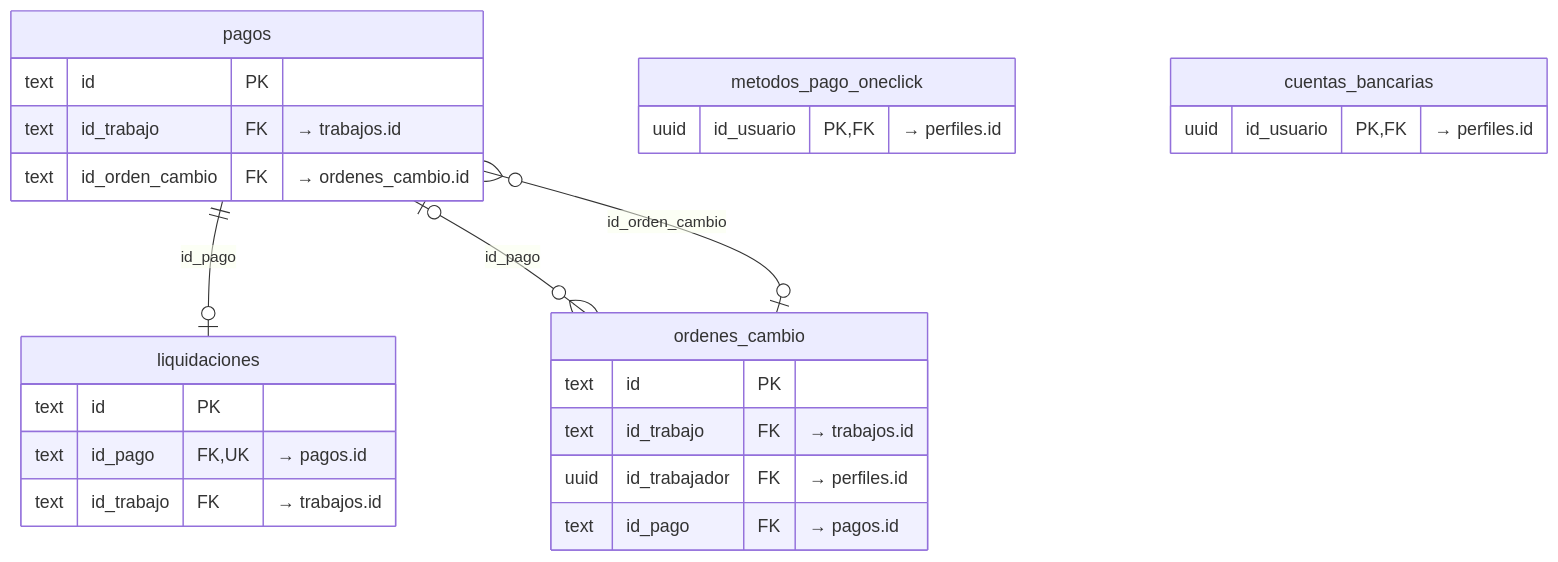
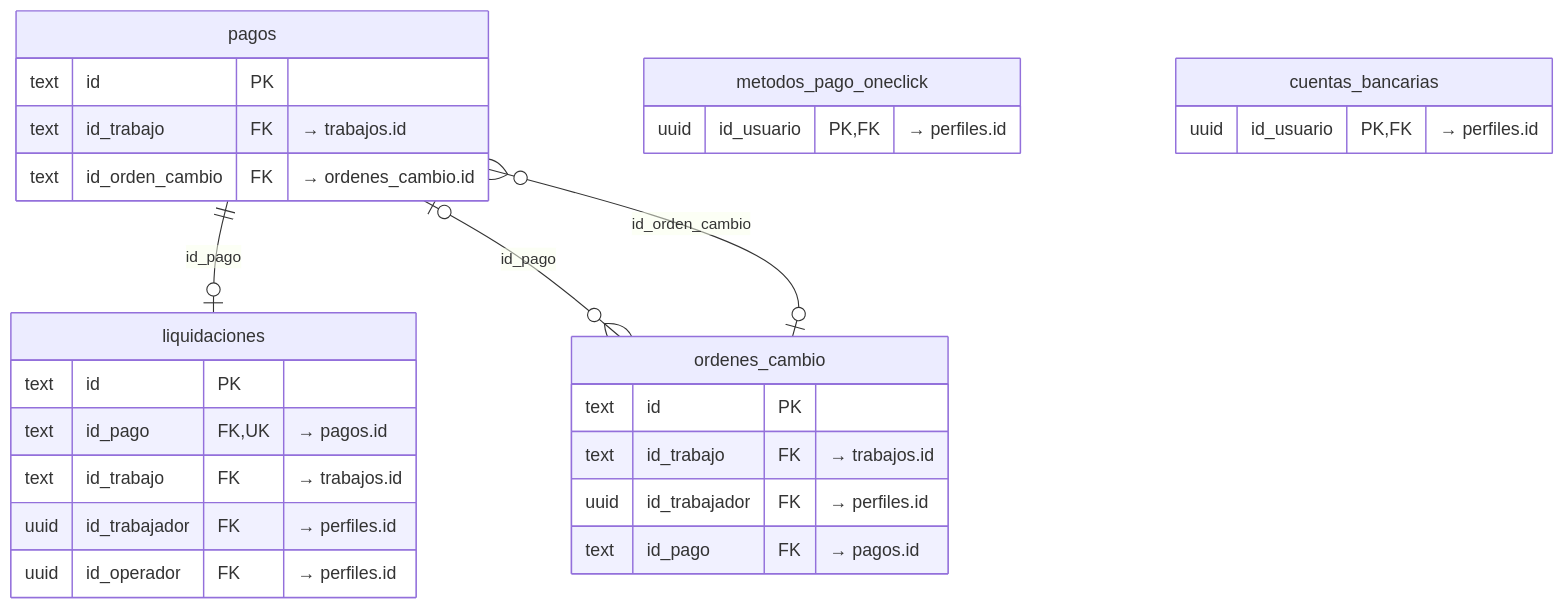
One commit to MathiasAlejandr0/MyWorksAppProyect changed the fourth of 8 diagrams in MyWorksAppProyect/docs/modelo-datos.md. Above: the diagram before and after it, drawn with Mermaid. The commit also changed other lines of this file and 66 other files, not shown here.

````diff
--- a/MyWorksAppProyect/docs/modelo-datos.md
+++ b/MyWorksAppProyect/docs/modelo-datos.md
@@ -286,28 +304,30 @@
 ```mermaid
 erDiagram
   pagos {
     text id PK
     text id_trabajo FK "→ trabajos.id"
     text id_orden_cambio FK "→ ordenes_cambio.id"
   }
   ordenes_cambio {
     text id PK
     text id_trabajo FK "→ trabajos.id"
     uuid id_trabajador FK "→ perfiles.id"
     text id_pago FK "→ pagos.id"
   }
   liquidaciones {
     text id PK
     text id_pago FK, UK "→ pagos.id"
     text id_trabajo FK "→ trabajos.id"
+    uuid id_trabajador FK "→ perfiles.id"
+    uuid id_operador FK "→ perfiles.id"
   }
   metodos_pago_oneclick {
     uuid id_usuario PK, FK "→ perfiles.id"
   }
   cuentas_bancarias {
     uuid id_usuario PK, FK "→ perfiles.id"
   }
   pagos ||--o| liquidaciones : "id_pago"
   pagos |o--o{ ordenes_cambio : "id_pago"
   ordenes_cambio |o--o{ pagos : "id_orden_cambio"
 ```
````
